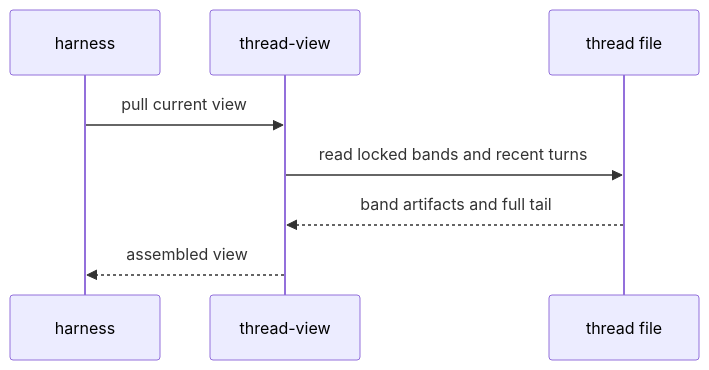
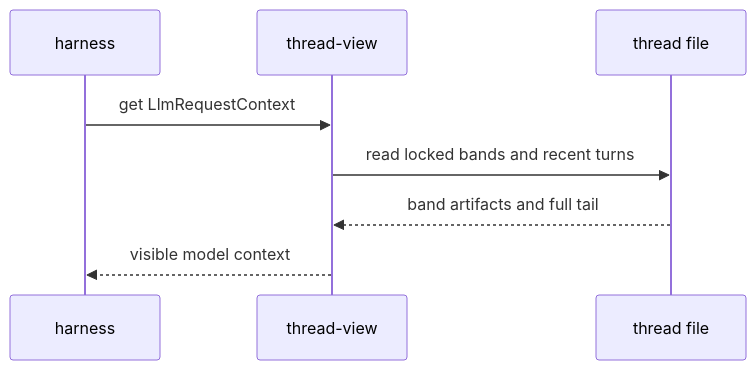
Before and after one commit to liminal-ai/long-horizon-context: the tenth of 11 diagrams in docs/onboard/02-domain-design.md, drawn with Mermaid. The commit also changed other lines of this file and 40 other files, not shown here.

Commit message:
Refine LHC thread-view request context

````diff
--- a/docs/onboard/02-domain-design.md
+++ b/docs/onboard/02-domain-design.md
@@ -349,10 +349,10 @@
 ```mermaid
 sequenceDiagram
   participant H as harness
   participant V as thread-view
   participant F as thread file
-  H->>V: pull current view
+  H->>V: get LlmRequestContext
   V->>F: read locked bands and recent turns
   F-->>V: band artifacts and full tail
-  V-->>H: assembled view
+  V-->>H: visible model context
 ```
````
